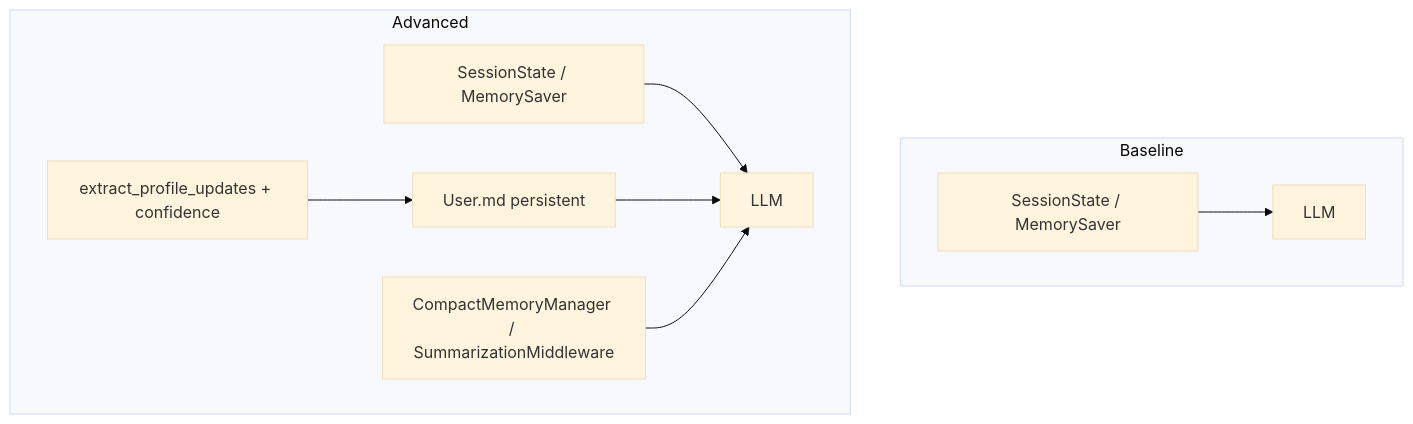
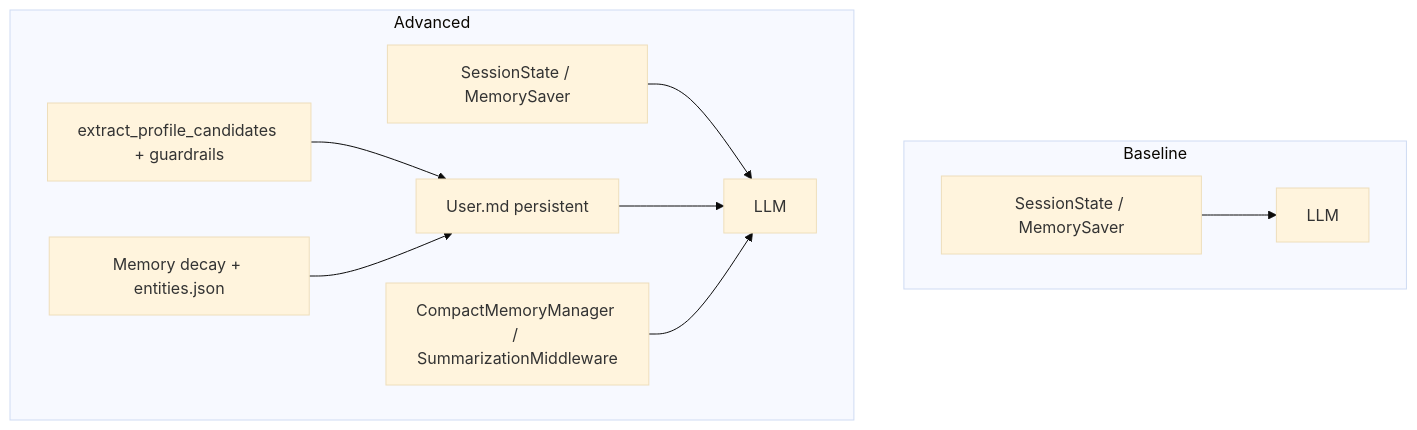
The diagram in ANALYSIS.md (Tuananh458/Day17-Track03-MemorySystems4Agent), drawn with Mermaid (base theme) before and after one commit. The commit also changed other lines of this file and 8 other files, not shown here.

First line of the commit message:
Add memory decay and structured entity extraction for rubric 100.

````diff
--- a/ANALYSIS.md
+++ b/ANALYSIS.md
@@ -5,12 +5,13 @@
 ```mermaid
 flowchart TB
     subgraph Baseline
         B1[SessionState / MemorySaver] --> B2[LLM]
     end
     subgraph Advanced
         A1[SessionState / MemorySaver] --> A3[LLM]
         A2[User.md persistent] --> A3
         A4[CompactMemoryManager / SummarizationMiddleware] --> A3
-        A5[extract_profile_updates + confidence] --> A2
+        A5[extract_profile_candidates + guardrails] --> A2
+        A6[Memory decay + entities.json] --> A2
     end
 ```
````
